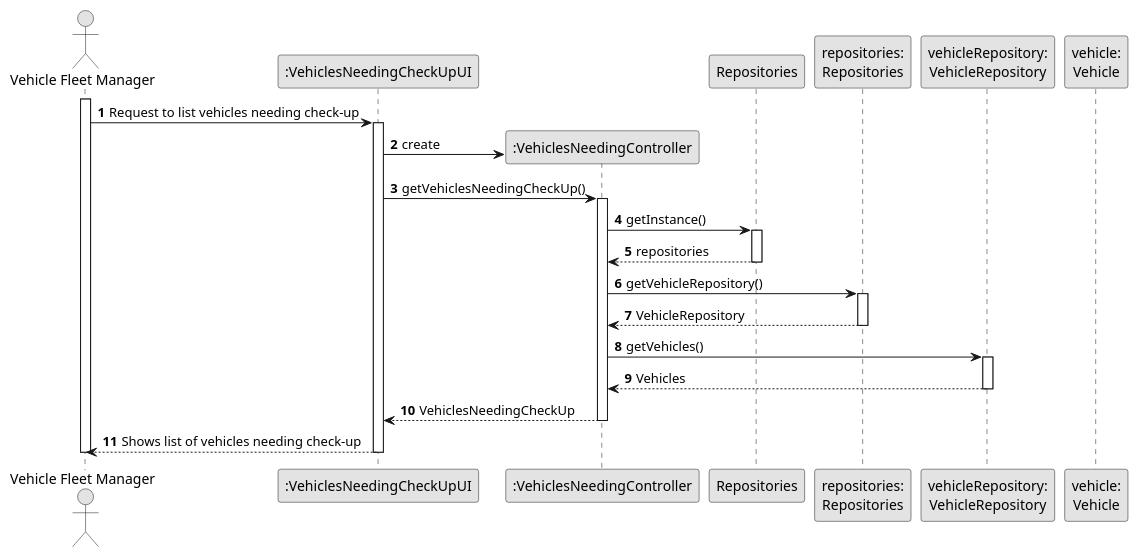
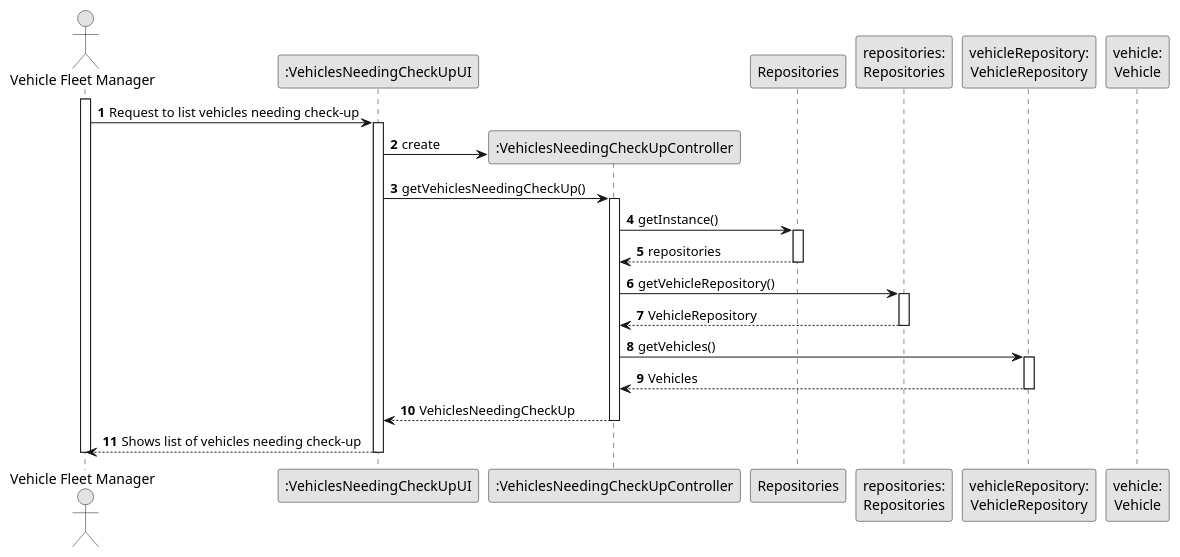
One commit to Departamento-de-Engenharia-Informatica/lei-24-s2-1df-1de-g063 changed the diagram in docs/sprintB/us008/03.design/puml/us008-sequence-diagram-full.puml. Above: the diagram before and after it, drawn with PlantUML. The commit also changed 14 other files, not shown here.

Commit message:
Sequence Diagram splits us08 e us07

```diff
--- a/docs/sprintB/us008/03.design/puml/us008-sequence-diagram-full.puml
+++ b/docs/sprintB/us008/03.design/puml/us008-sequence-diagram-full.puml
@@ -1,57 +1,57 @@
 @startuml
 skinparam monochrome true
 skinparam packageStyle rectangle
 skinparam shadowing false
 
 autonumber
 
 'hide footbox
 actor "Vehicle Fleet Manager" as VFM
 participant ":VehiclesNeedingCheckUpUI" as UI
-participant ":VehiclesNeedingController" as CTRL
+participant ":VehiclesNeedingCheckUpController" as CTRL
 participant "Repositories" as Rep
 participant "repositories:\nRepositories" as Repositories
 participant "vehicleRepository:\nVehicleRepository" as VehicleRepository
 participant "vehicle:\nVehicle" as Vehicle
 
 activate VFM
 
 VFM -> UI : Request to list vehicles needing check-up
 
     activate UI
 
         UI -> CTRL** : create
 
         UI -> CTRL : getVehiclesNeedingCheckUp()
         activate CTRL
 
             CTRL -> Rep : getInstance()
             activate Rep
 
                 Rep --> CTRL : repositories
             deactivate Rep
 
             CTRL -> Repositories : getVehicleRepository()
             activate Repositories
 
             Repositories --> CTRL : VehicleRepository
             deactivate Repositories
 
 
             CTRL -> VehicleRepository : getVehicles()
             activate VehicleRepository
 
                 VehicleRepository --> CTRL : Vehicles
             deactivate VehicleRepository
 
 
             CTRL --> UI : VehiclesNeedingCheckUp
         deactivate CTRL
 
         UI --> VFM : Shows list of vehicles needing check-up
 
     deactivate UI
 
 deactivate VFM
 
 @enduml
```
